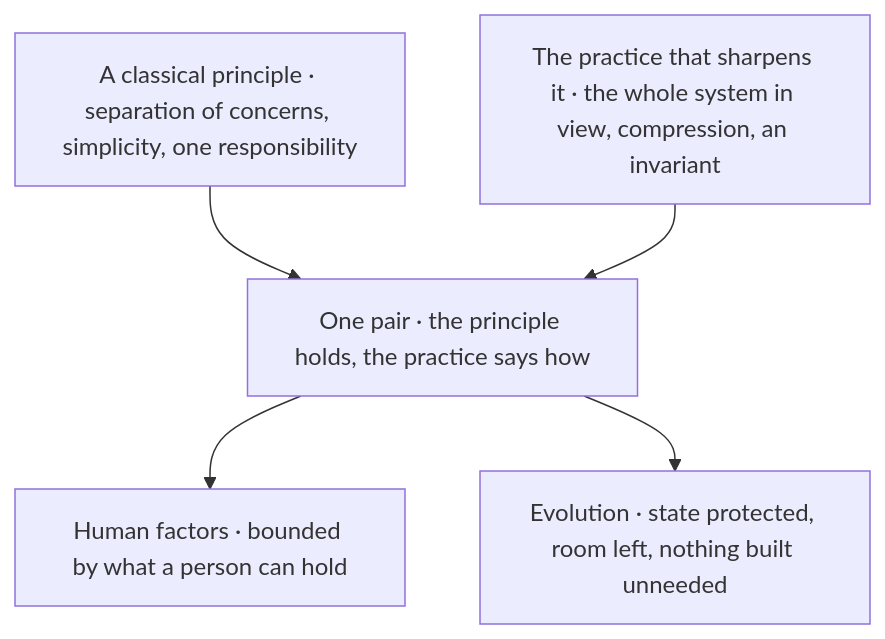
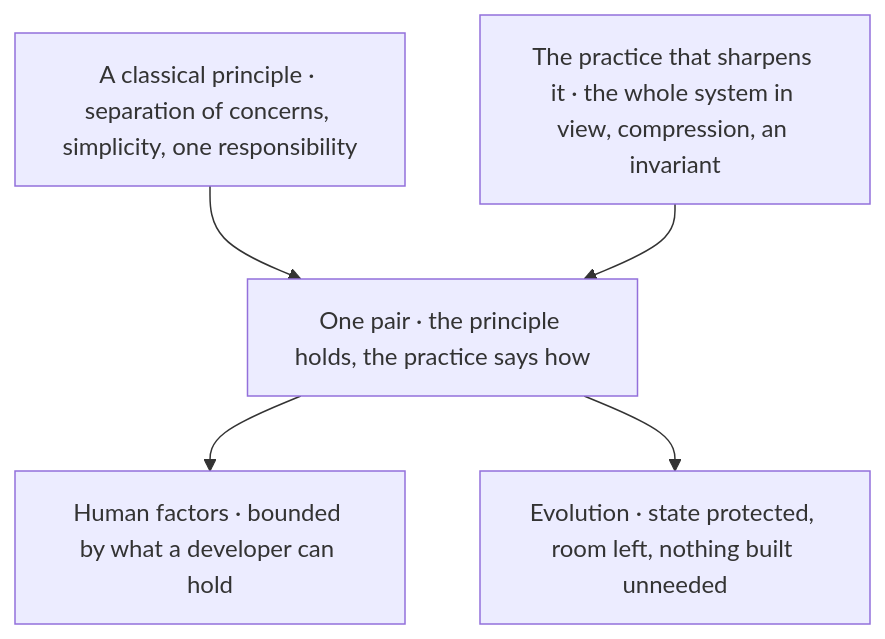
One commit to Varietyz/Disciplined-AI-Software-Development changed the tenth of 13 diagrams in architecture/PRINCIPLES.md. Above: the diagram before and after it, drawn with Mermaid. The commit also changed other lines of this file and 25 other files, not shown here.

````diff
--- a/architecture/PRINCIPLES.md
+++ b/architecture/PRINCIPLES.md
@@ -577,12 +561,12 @@
 ```mermaid
 flowchart TB
 classical["A classical principle · separation of concerns, simplicity, one responsibility"]
 sharpened["The practice that sharpens it · the whole system in view, compression, an invariant"]
 pair["One pair · the principle holds, the practice says how"]
-human["Human factors · bounded by what a person can hold"]
+human["Human factors · bounded by what a developer can hold"]
 evolution["Evolution · state protected, room left, nothing built unneeded"]
 classical --> pair
 sharpened --> pair
 pair --> human
 pair --> evolution
 ```
````
